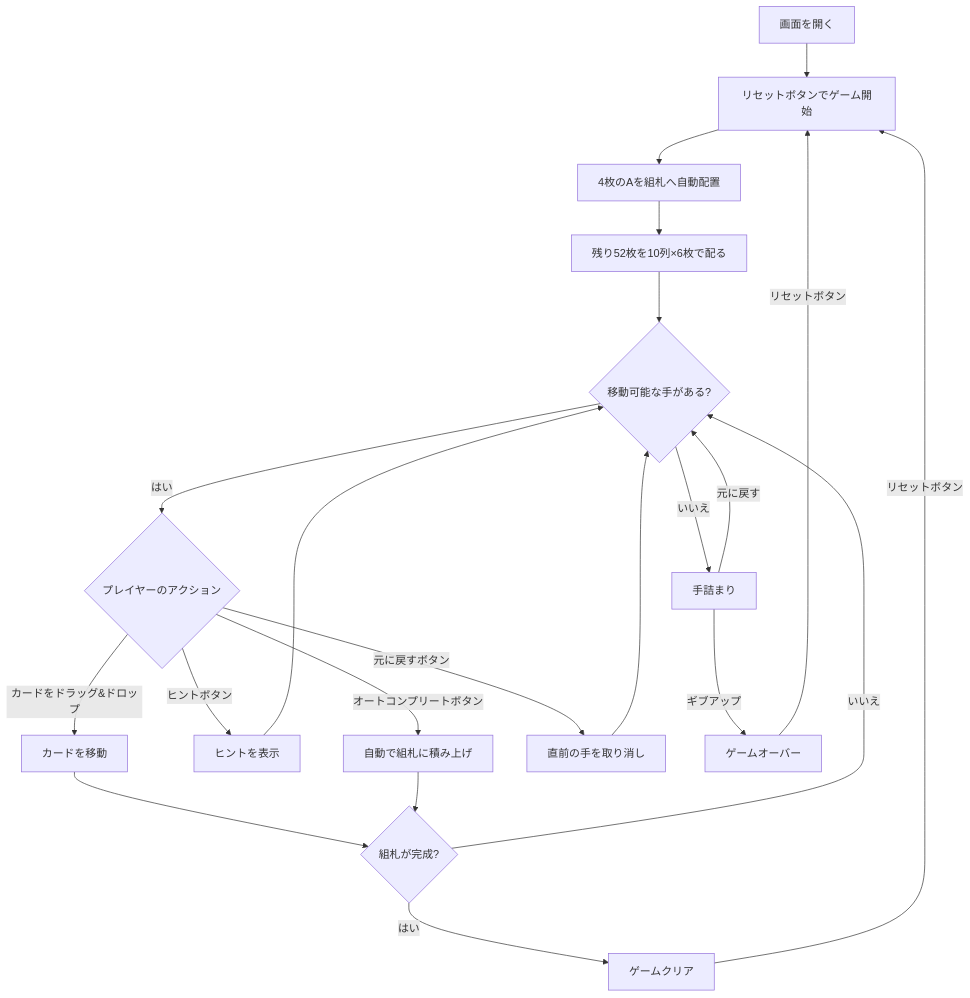
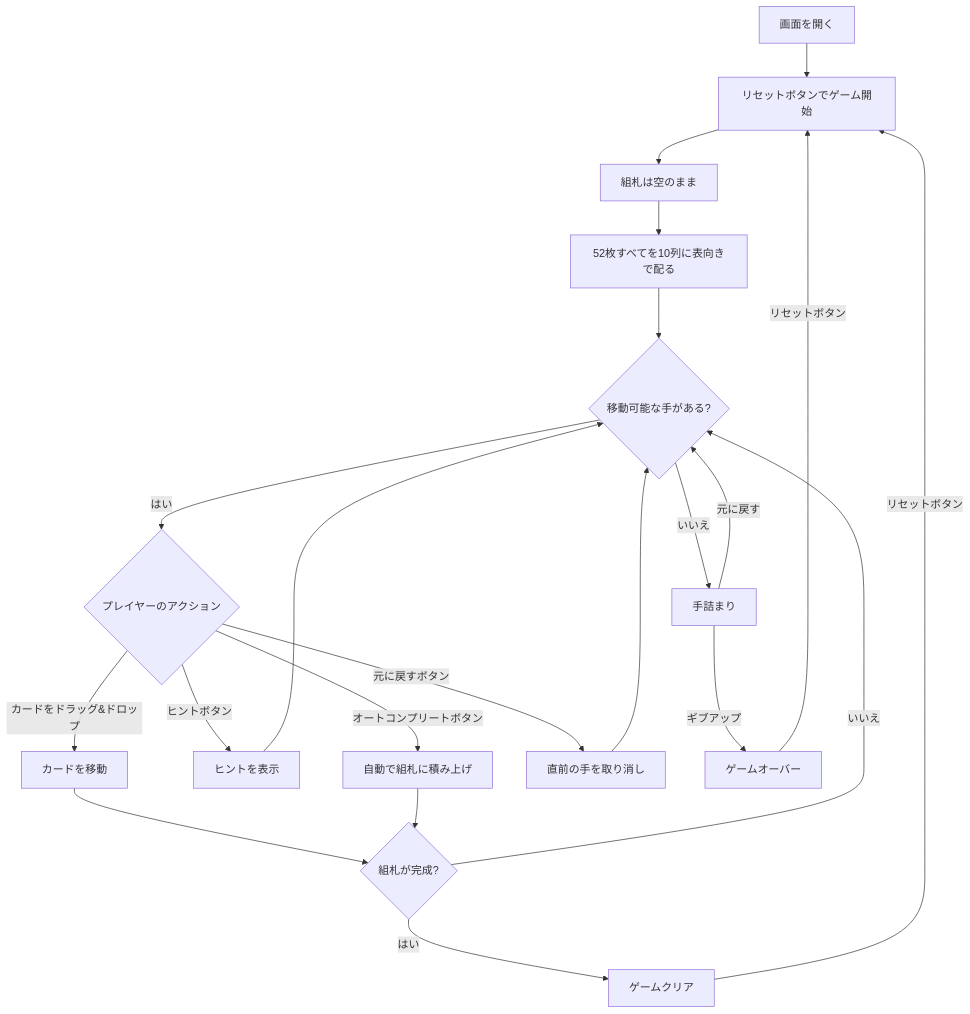
One commit to yuta-yoshinaga/go_trumpcards changed the diagram in docs/manual/web/fortress.md. Above: the diagram before and after it, drawn with Mermaid. The commit also changed other lines of this file and 1 other file, not shown here.

Commit message:
docs(fortress): drop the auto-placed-Aces text the clone left behind
Three places still described Beleaguered Castle's opening, each within a few
lines of the corrected rule that says the opposite:

- both manuals' mermaid flowcharts opened with "4枚のAを組札へ自動配置"
- the Web manual's UI legend called the foundations "開始時に4枚のAが配置済み"

Fortress deals the whole deck and starts with empty foundations, so a reader
following either flowchart would expect a board the game never produces.

Found by sweeping for the contradiction class rather than by review: the
automated review on #6186 reported "finished in 1m 16s" with every checklist
item unticked and no findings, so this PR effectively went unreviewed. Prose in
a mermaid node is also invisible to check-mermaid.mjs, which validates diagram
syntax, not whether the diagram agrees with the document around it.

````diff
--- a/docs/manual/web/fortress.md
+++ b/docs/manual/web/fortress.md
@@ -39,23 +39,23 @@
 ```mermaid
 flowchart TD
     A[画面を開く] --> B[リセットボタンでゲーム開始]
-    B --> C[4枚のAを組札へ自動配置]
-    C --> C2[残り52枚を10列×6枚で配る]
+    B --> C[組札は空のまま]
+    C --> C2[52枚すべてを10列に表向きで配る]
     C2 --> D{移動可能な手がある?}
     D -->|はい| E{プレイヤーのアクション}
     E -->|カードをドラッグ&ドロップ| G[カードを移動]
     E -->|ヒントボタン| H[ヒントを表示]
     E -->|オートコンプリートボタン| I[自動で組札に積み上げ]
     E -->|元に戻すボタン| U[直前の手を取り消し]
     G --> J{組札が完成?}
     H --> D
     I --> J
     U --> D
     J -->|いいえ| D
     J -->|はい| K[ゲームクリア]
     D -->|いいえ| L[手詰まり]
     L -->|元に戻す| D
     L -->|ギブアップ| M[ゲームオーバー]
     K -->|リセットボタン| B
     M -->|リセットボタン| B
 ```
````
